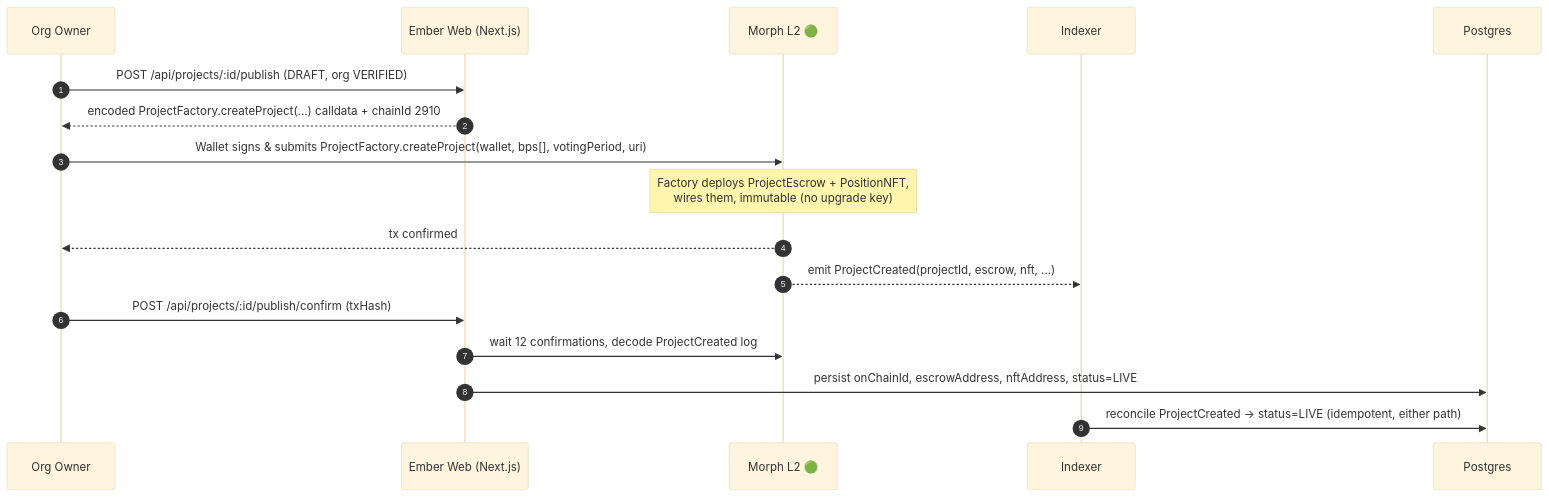
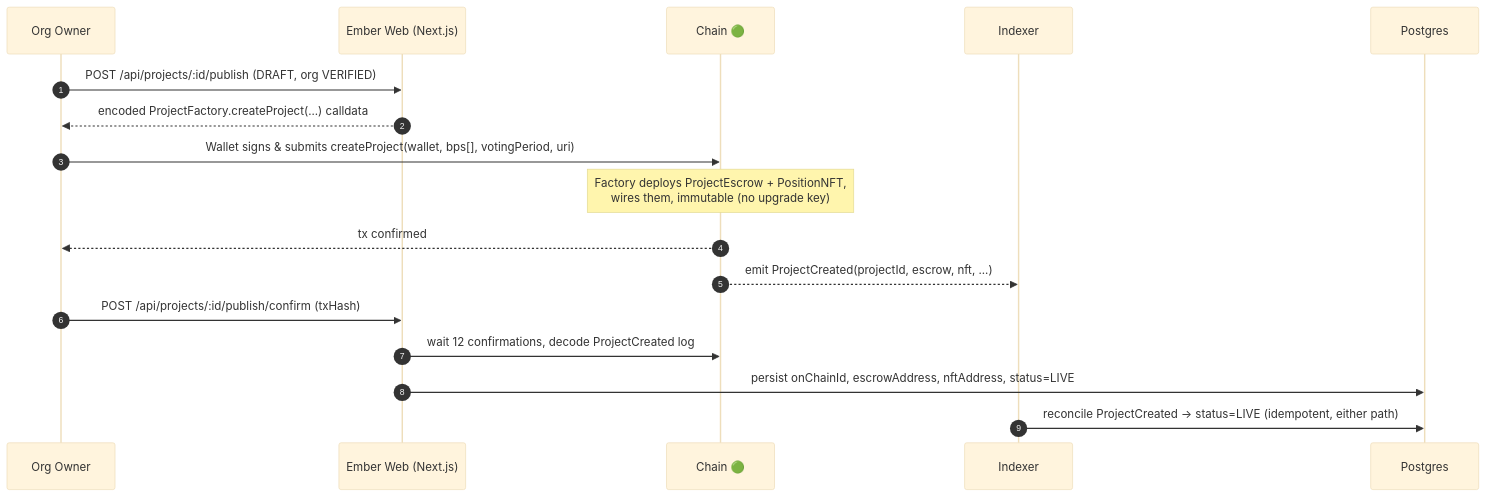
One commit to webnxt-2030/ember2 changed the second of 4 diagrams in README.md. Above: the diagram before and after it, drawn with Mermaid (base theme). The commit also changed other lines of this file, not shown here.

````diff
--- a/README.md
+++ b/README.md
@@ -81,20 +139,20 @@
 ```mermaid
 sequenceDiagram
     autonumber
     participant O  as Org Owner
     participant UI as Ember Web (Next.js)
-    participant M  as Morph L2 🟢
+    participant M  as Chain 🟢
     participant IX as Indexer
     participant DB as Postgres
 
     O->>UI: POST /api/projects/:id/publish (DRAFT, org VERIFIED)
-    UI-->>O: encoded ProjectFactory.createProject(...) calldata + chainId 2910
-    O->>M: Wallet signs & submits ProjectFactory.createProject(wallet, bps[], votingPeriod, uri)
+    UI-->>O: encoded ProjectFactory.createProject(...) calldata
+    O->>M: Wallet signs & submits createProject(wallet, bps[], votingPeriod, uri)
     note over M: Factory deploys ProjectEscrow + PositionNFT,<br/>wires them, immutable (no upgrade key)
     M-->>O: tx confirmed
     M-->>IX: emit ProjectCreated(projectId, escrow, nft, ...)
     O->>UI: POST /api/projects/:id/publish/confirm (txHash)
     UI->>M: wait 12 confirmations, decode ProjectCreated log
     UI->>DB: persist onChainId, escrowAddress, nftAddress, status=LIVE
     IX->>DB: reconcile ProjectCreated → status=LIVE (idempotent, either path)
 ```
````
